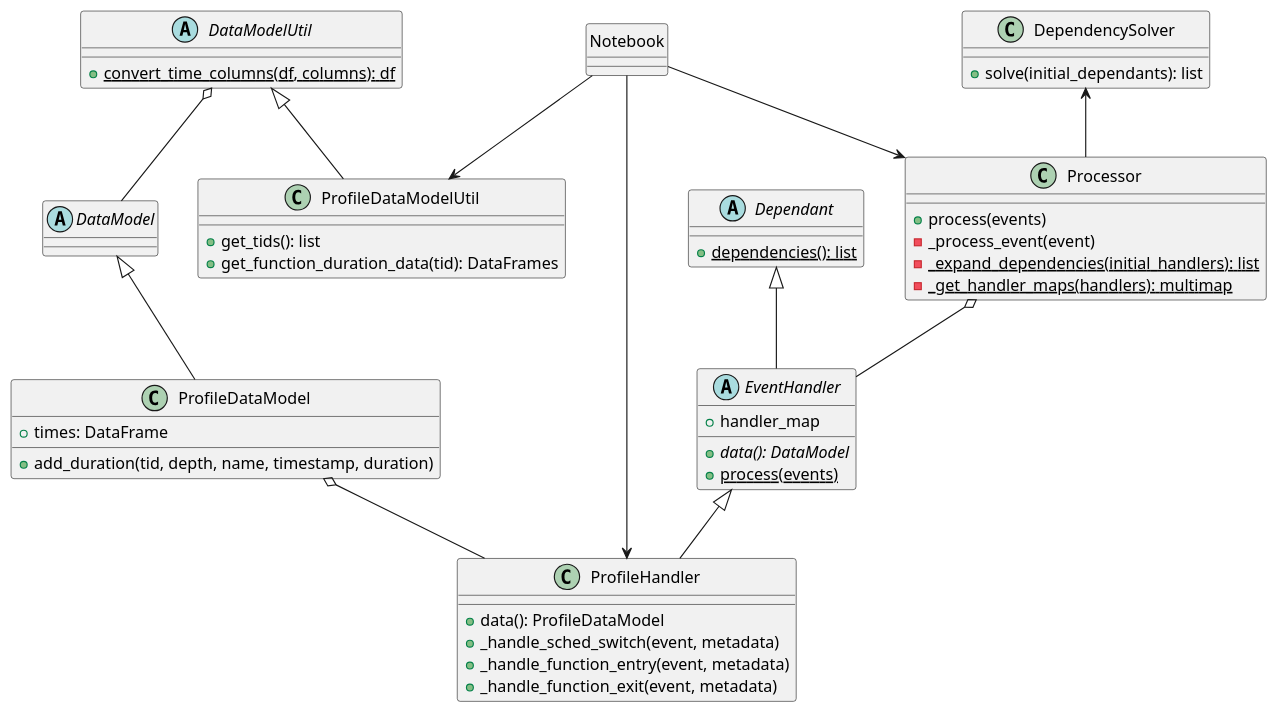
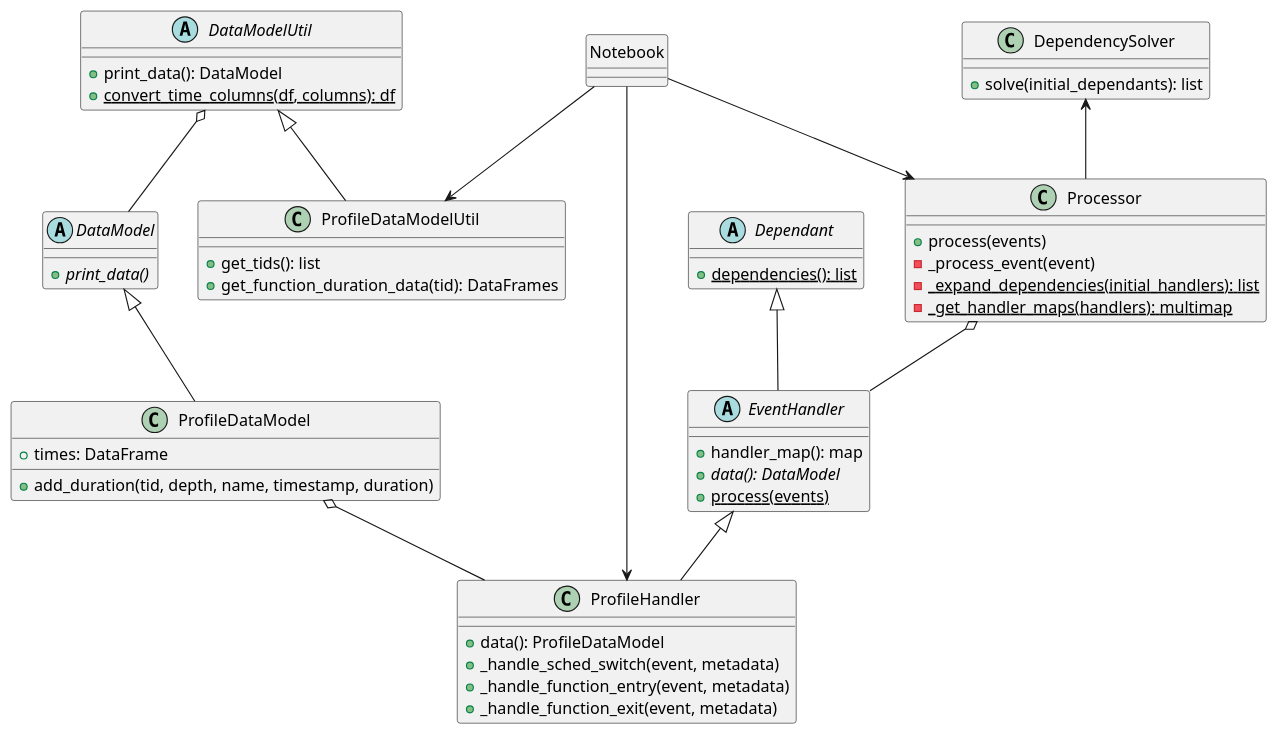
Diagram 15 of 15 in doc/design_ros_2.md (ros2/ros2_tracing), drawn with PlantUML before and after one commit.

Commit message:
Update analysis UML diagram

````diff
--- a/doc/design_ros_2.md
+++ b/doc/design_ros_2.md
@@ -654,60 +654,62 @@
 ```plantuml
 @startuml
 
 class Processor {
  +process(events)
  -_process_event(event)
  -_expand_dependencies(initial_handlers): list {static}
  -_get_handler_maps(handlers): multimap {static}
 }
 class DependencySolver {
  +solve(initial_dependants): list
 }
 DependencySolver <-- Processor
 
 abstract class Dependant {
  +dependencies(): list {static}
 }
 abstract class EventHandler {
- +handler_map
+ +handler_map(): map
  +data(): DataModel {abstract}
  +process(events) {static}
 }
 class ProfileHandler {
  +data(): ProfileDataModel
  +_handle_sched_switch(event, metadata)
  +_handle_function_entry(event, metadata)
  +_handle_function_exit(event, metadata)
 }
 Dependant <|-- EventHandler
 EventHandler <|-- ProfileHandler
 Processor o-- EventHandler
 
 abstract class DataModel {
+ +print_data() {abstract}
 }
 class ProfileDataModel {
  +times: DataFrame
  +add_duration(tid, depth, name, timestamp, duration)
 }
 DataModel <|-- ProfileDataModel
 ProfileDataModel o-- ProfileHandler
 
 abstract class DataModelUtil {
+ +print_data(): DataModel
  +convert_time_columns(df, columns): df {static}
 }
 class ProfileDataModelUtil {
  +get_tids(): list
  +get_function_duration_data(tid): DataFrames
 }
 DataModelUtil <|-- ProfileDataModelUtil
 DataModelUtil o-- DataModel
 
 class Notebook {
 }
 Notebook --> ProfileHandler
 Notebook --> ProfileDataModelUtil
 Notebook --> Processor
 hide Notebook circle
 
 @enduml
 ```
````
